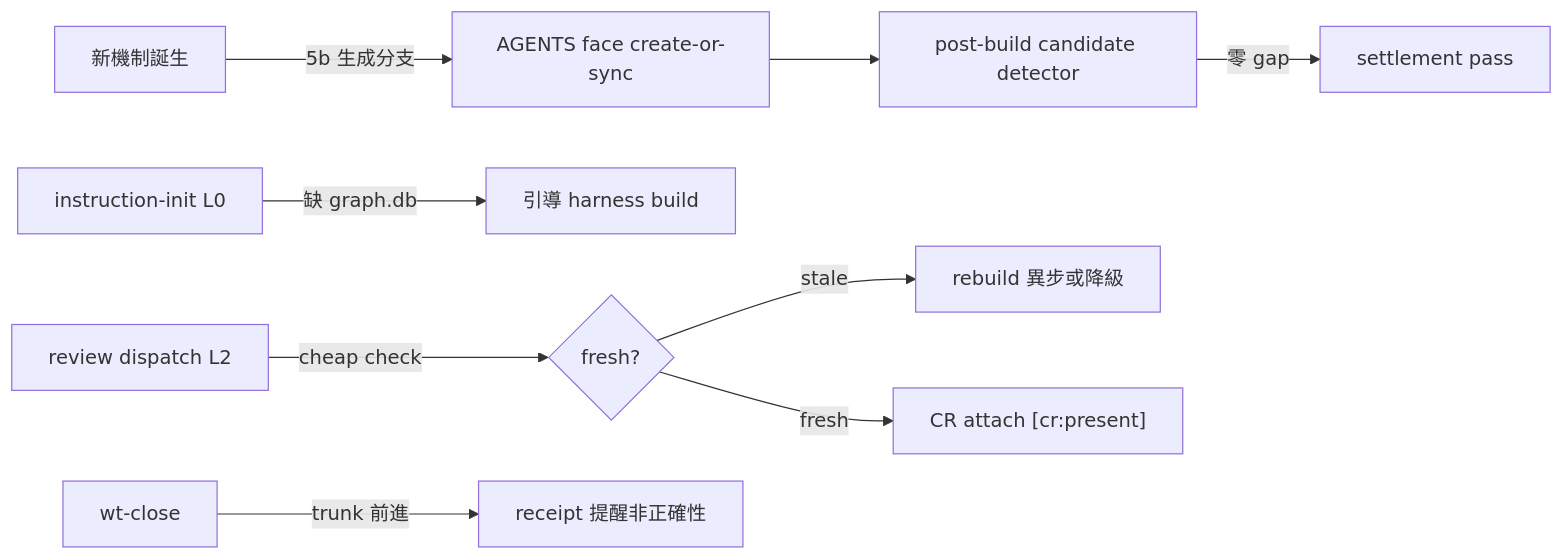
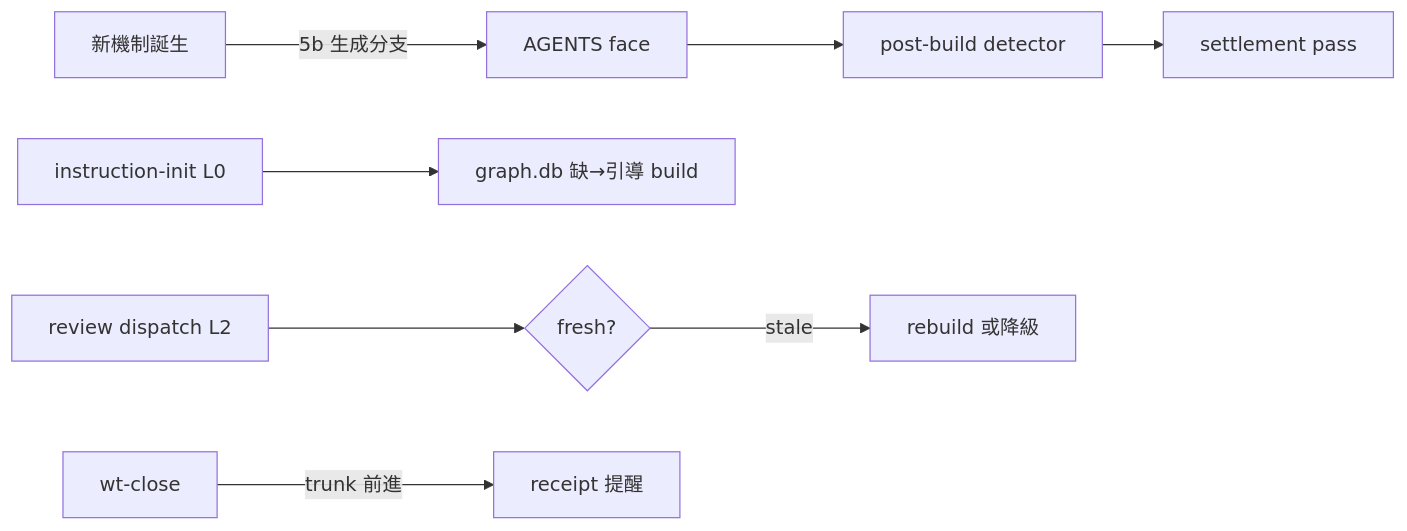
One commit to ChiahungTai/ai-guide changed the second of 2 diagrams in backlog/tasks/air-164 - instruction-層觸發點——coverage-契約＋CR-freshness-分層（存在≠被用-根因修復）.md. Above: the diagram before and after it, drawn with Mermaid. The commit also changed other lines of this file, not shown here.

Commit message:
chore(backlog): AIR-164 再結案——A5 instruction-writing amendment 併入

````diff
--- a/backlog/tasks/air-164 - instruction-層觸發點——coverage-契約＋CR-freshness-分層（存在≠被用-根因修復）.md
+++ b/backlog/tasks/air-164 - instruction-層觸發點——coverage-契約＋CR-freshness-分層（存在≠被用-根因修復）.md
@@ -82,11 +88,10 @@
 ```mermaid
 flowchart LR
-  B["新機制誕生"] -->|"5b 生成分支"| AG["AGENTS face create-or-sync"]
-  AG --> PB["post-build candidate detector"]
-  PB -->|"零 gap"| OK["settlement pass"]
-  II["instruction-init L0"] -->|"缺 graph.db"| HB["引導 harness build"]
-  RD["review dispatch L2"] -->|"cheap check"| FC{"fresh?"}
-  FC -->|"stale"| RB["rebuild 異步或降級"]
-  FC -->|"fresh"| OK2["CR attach [cr:present]"]
-  WC["wt-close"] -->|"trunk 前進"| RM["receipt 提醒非正確性"]
+  B["新機制誕生"] -->|"5b 生成分支"| AG["AGENTS face"]
+  AG --> PB["post-build detector"]
+  PB --> OK["settlement pass"]
+  II["instruction-init L0"] --> HB["graph.db 缺→引導 build"]
+  RD["review dispatch L2"] --> FC{"fresh?"}
+  FC -->|"stale"| RB["rebuild 或降級"]
+  WC["wt-close"] -->|"trunk 前進"| RM["receipt 提醒"]
 ```
````
